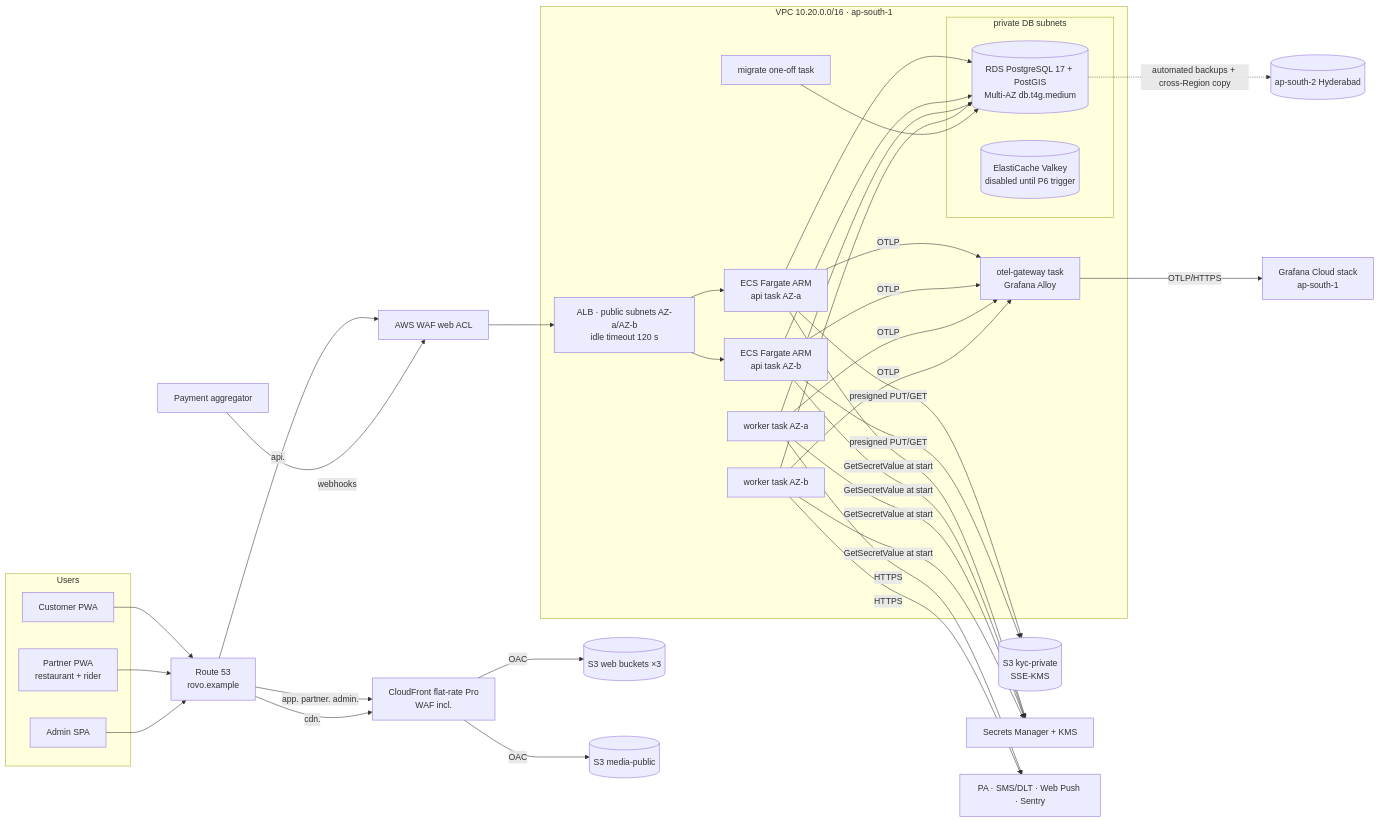
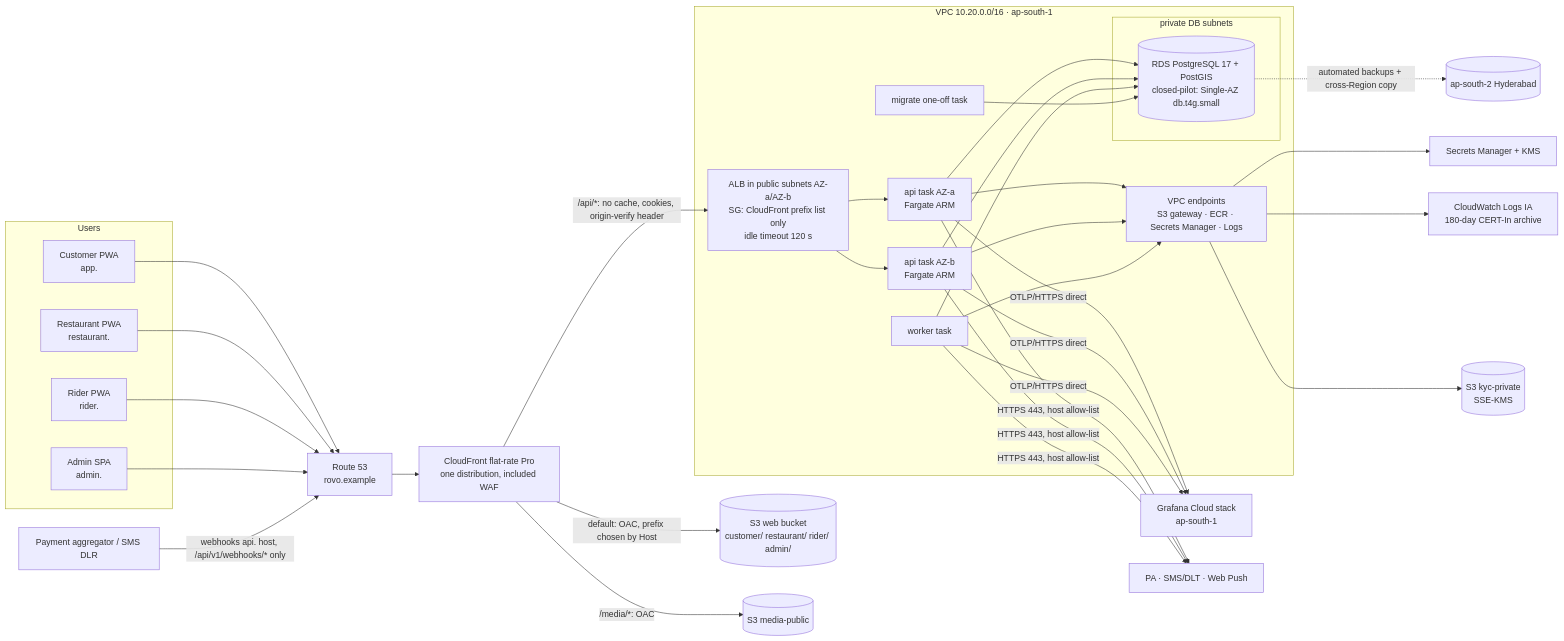
One commit to storetmobiles2-code/rovo changed the second of 3 diagrams in docs/planning/22-deployment-architecture.md. Above: the diagram before and after it, drawn with Mermaid. The commit also changed other lines of this file and 12 other files, not shown here.

````diff
--- a/docs/planning/22-deployment-architecture.md
+++ b/docs/planning/22-deployment-architecture.md
@@ -58,36 +60,35 @@
 ```mermaid
 flowchart LR
   subgraph Users
-    C[Customer PWA]
-    P[Partner PWA<br/>restaurant + rider]
-    A[Admin SPA]
+    C[Customer PWA<br/>app.]
+    RS[Restaurant PWA<br/>restaurant.]
+    RD[Rider PWA<br/>rider.]
+    A[Admin SPA<br/>admin.]
   end
+  PA[Payment aggregator / SMS DLR]
   DNS[Route 53<br/>rovo.example]
-  C & P & A --> DNS
-  DNS -->|app. partner. admin.| CF1[CloudFront flat-rate Pro<br/>WAF incl.]
-  DNS -->|cdn.| CF1
-  DNS -->|api.| WAF[AWS WAF web ACL]
-  CF1 -->|OAC| S3W[(S3 web buckets ×3)]
-  CF1 -->|OAC| S3M[(S3 media-public)]
-  WAF --> ALB[ALB · public subnets AZ-a/AZ-b<br/>idle timeout 120 s]
+  C & RS & RD & A --> DNS
+  PA -->|webhooks api. host, /api/v1/webhooks/* only| DNS
+  DNS --> CF[CloudFront flat-rate Pro<br/>one distribution, included WAF]
+  CF -->|default: OAC, prefix chosen by Host| S3W[(S3 web bucket<br/>customer/ restaurant/ rider/ admin/)]
+  CF -->|/media/*: OAC| S3M[(S3 media-public)]
+  CF -->|/api/*: no cache, cookies, origin-verify header| ALB[ALB in public subnets AZ-a/AZ-b<br/>SG: CloudFront prefix list only<br/>idle timeout 120 s]
   subgraph VPC[VPC 10.20.0.0/16 · ap-south-1]
-    ALB --> API1[ECS Fargate ARM<br/>api task AZ-a]
-    ALB --> API2[ECS Fargate ARM<br/>api task AZ-b]
-    W1[worker task AZ-a]
-    W2[worker task AZ-b]
-    OTEL[otel-gateway task<br/>Grafana Alloy]
+    ALB --> API1[api task AZ-a<br/>Fargate ARM]
+    ALB --> API2[api task AZ-b<br/>Fargate ARM]
+    W1[worker task]
     MIG[migrate one-off task]
+    VPCE[VPC endpoints<br/>S3 gateway · ECR · Secrets Manager · Logs]
     subgraph DB[private DB subnets]
-      RDS[(RDS PostgreSQL 17 + PostGIS<br/>Multi-AZ db.t4g.medium)]
-      VK[(ElastiCache Valkey<br/>disabled until P6 trigger)]
+      RDS[(RDS PostgreSQL 17 + PostGIS<br/>closed-pilot: Single-AZ db.t4g.small)]
     end
-    API1 & API2 & W1 & W2 & MIG --> RDS
-    API1 & API2 & W1 & W2 -->|OTLP| OTEL
+    API1 & API2 & W1 & MIG --> RDS
+    API1 & API2 & W1 --> VPCE
   end
-  API1 & API2 -->|presigned PUT/GET| S3K[(S3 kyc-private<br/>SSE-KMS)]
-  API1 & API2 & W1 & W2 -->|GetSecretValue at start| SM[Secrets Manager + KMS]
-  OTEL -->|OTLP/HTTPS| GC[Grafana Cloud stack<br/>ap-south-1]
+  VPCE --> SM[Secrets Manager + KMS]
+  VPCE --> CWL[CloudWatch Logs IA<br/>180-day CERT-In archive]
+  VPCE --> S3K[(S3 kyc-private<br/>SSE-KMS)]
+  API1 & API2 & W1 -->|OTLP/HTTPS direct| GC[Grafana Cloud stack<br/>ap-south-1]
+  API1 & API2 & W1 -->|HTTPS 443, host allow-list| EXT[PA · SMS/DLT · Web Push]
   RDS -. automated backups + cross-Region copy .-> HYD[(ap-south-2 Hyderabad)]
-  W1 & W2 -->|HTTPS| EXT[PA · SMS/DLT · Web Push · Sentry]
-  PA[Payment aggregator] -->|webhooks| WAF
 ```
````
